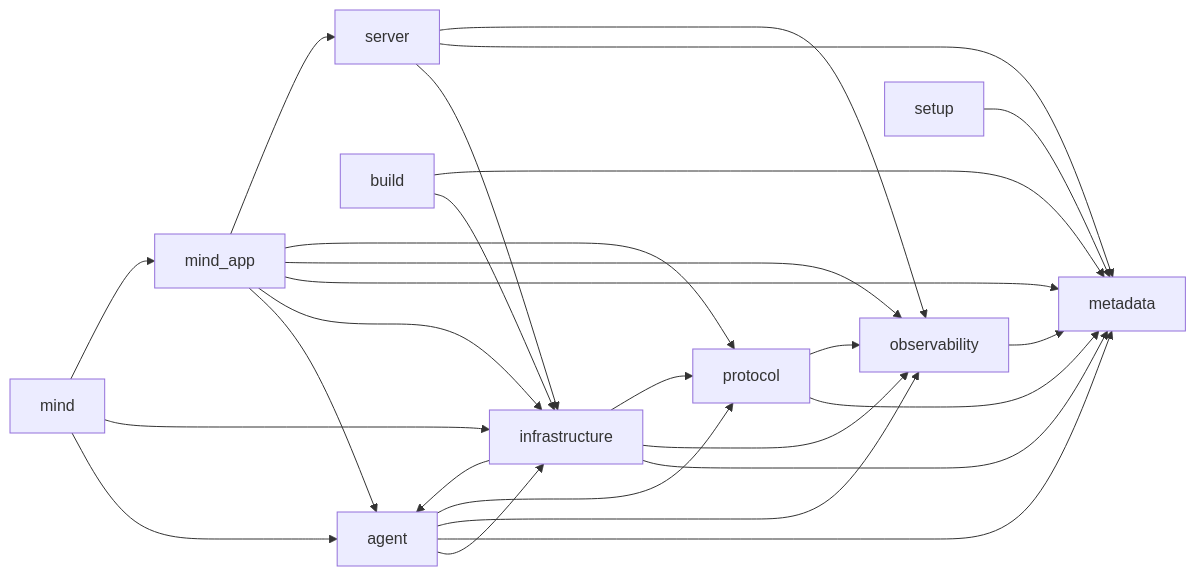
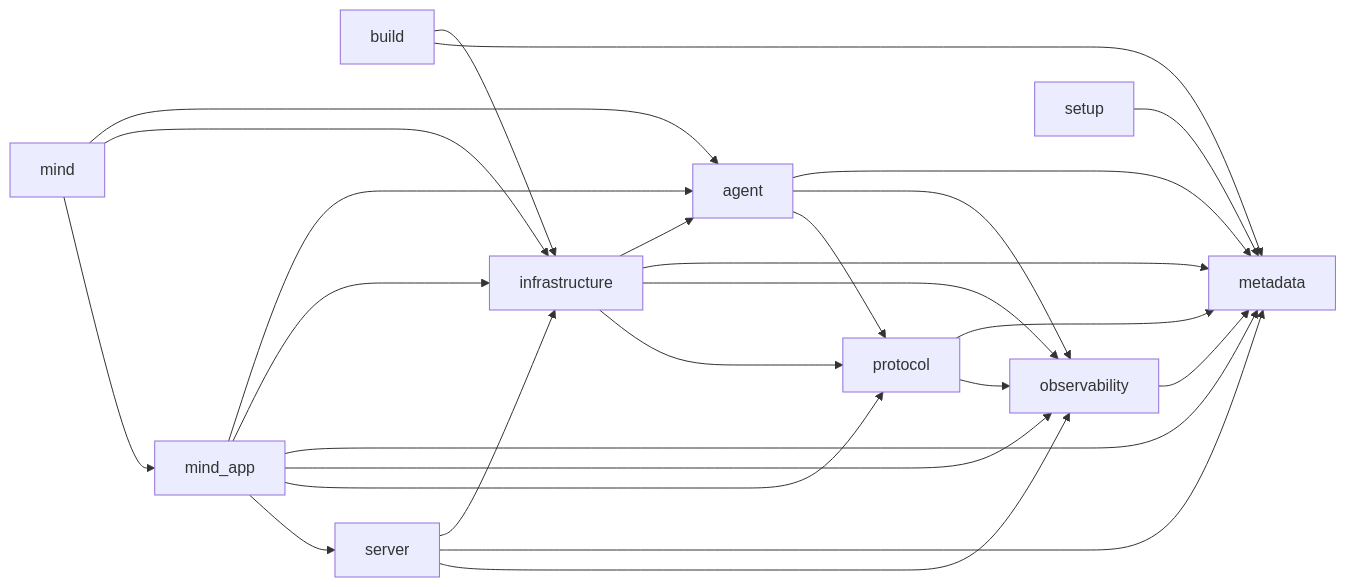
The diagram in AGENT_RUNTIME_IMPORT_GRAPH.md (AxionixLabs/ProxyMind), drawn with Mermaid before and after one commit. The commit also changed other lines of this file and 5 other files, not shown here.

````diff
--- a/AGENT_RUNTIME_IMPORT_GRAPH.md
+++ b/AGENT_RUNTIME_IMPORT_GRAPH.md
@@ -15,29 +15,28 @@
 ```mermaid
 flowchart LR
-    agent --> infrastructure
     agent --> metadata
     agent --> observability
     agent --> protocol
     build --> infrastructure
     build --> metadata
     infrastructure --> agent
     infrastructure --> metadata
     infrastructure --> observability
     infrastructure --> protocol
     mind --> agent
     mind --> infrastructure
     mind --> mind_app
     mind_app --> agent
     mind_app --> infrastructure
     mind_app --> metadata
     mind_app --> observability
     mind_app --> protocol
     mind_app --> server
     observability --> metadata
     protocol --> metadata
     protocol --> observability
     server --> infrastructure
     server --> metadata
     server --> observability
     setup --> metadata
 ```
````
